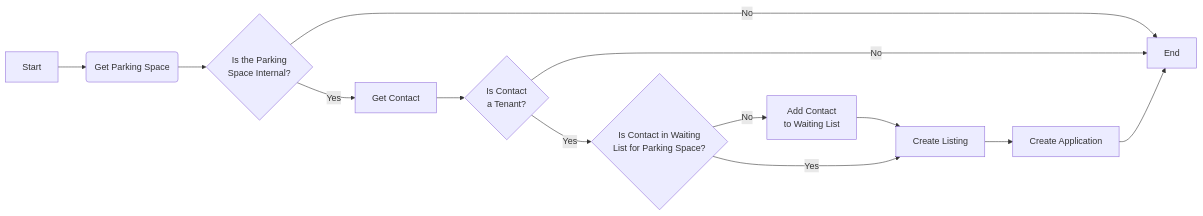
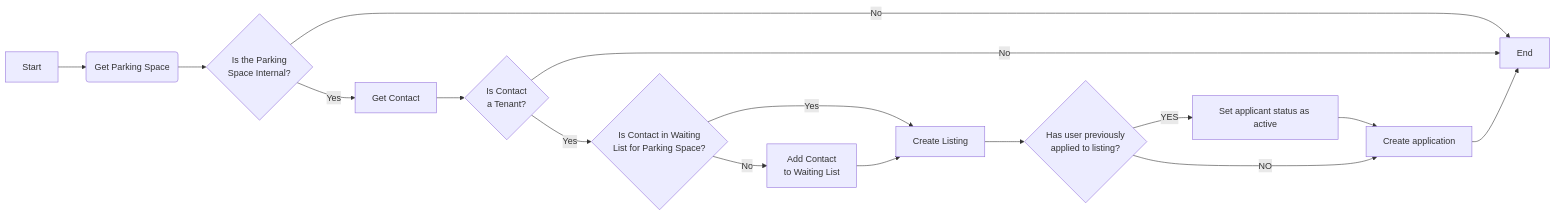
Before and after one commit to Bostads-AB-Mimer/onecore-core: the diagram in src/processes/parkingspaces/internal/DOCS Create Note of Interest for Internal Parking Space.md, drawn with Mermaid. The commit also changed 2 other files, not shown here.

Commit message:
bug: 1489 update doc and refactor process

````diff
--- a/src/processes/parkingspaces/internal/DOCS Create Note of Interest for Internal Parking Space.md
+++ b/src/processes/parkingspaces/internal/DOCS Create Note of Interest for Internal Parking Space.md
@@ -5,15 +5,19 @@
 ```mermaid
 flowchart LR
 A[Start] -->B(Get Parking Space)
 B --> C{Is the Parking<br/>Space Internal?}
-C --> |No| O
+C --> |No| X
 C --> |Yes| D[Get Contact]
 D --> F{Is Contact<br/>a Tenant?}
-F --> |No| O[End]
+F --> |No| X[End]
 F --> |Yes| H{Is Contact in Waiting<br/>List for Parking Space?}
 H --> |No| I[Add Contact<br/>to Waiting List]
+H --> |Yes| J
 I --> J[Create Listing]
-J --> K[Create Application]
-H --> |Yes| J
-K --> O
+J --> K{Has user previously <br/> applied to listing?}
+K --> |YES| O[Set applicant status as active]
+O --> G
+K --> |NO| G[Create application]
+G --> X
+
 ```
````
